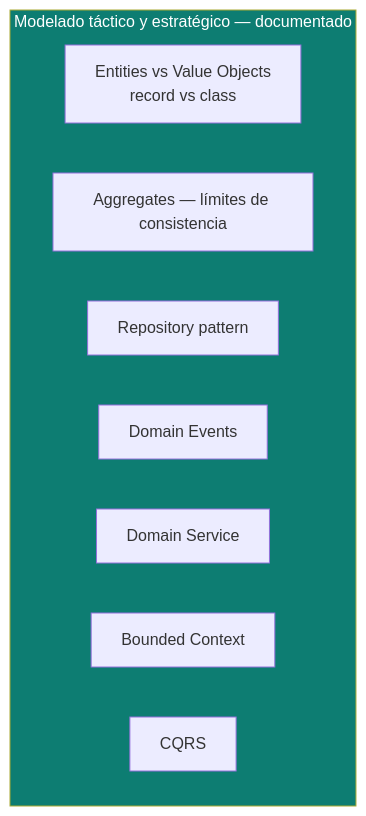
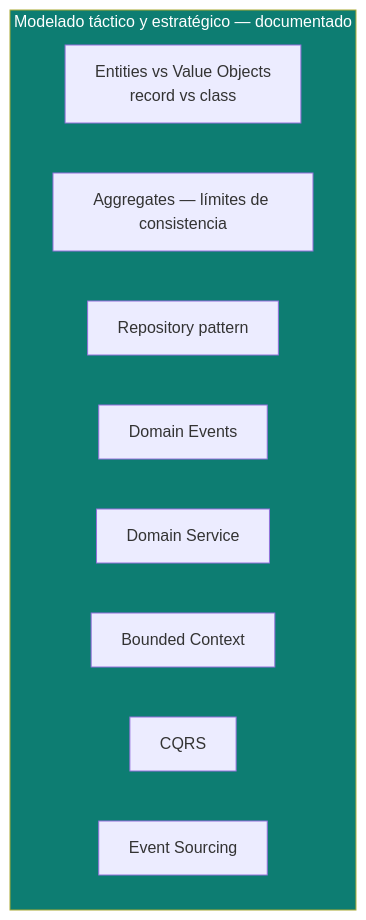
One commit to edzamo/software-engineering changed the diagram in ddd/README.md. Above: the diagram before and after it, drawn with Mermaid. The commit also changed other lines of this file and 30 other files, not shown here.

Commit message:
Add comprehensive documentation on NestJS persistence with TypeORM and Prisma, request lifecycle mechanisms, Spring Security authentication and authorization, SQL vs NoSQL databases, and API styles including REST, GraphQL, and gRPC.

````diff
--- a/ddd/README.md
+++ b/ddd/README.md
@@ -9,14 +9,15 @@
 ```mermaid
 graph TB
     subgraph modelado[" Modelado táctico y estratégico — documentado "]
         EVO["Entities vs Value Objects<br/>record vs class"]
         AGG["Aggregates — límites de consistencia"]
         REPO["Repository pattern"]
         DE["Domain Events"]
         DS["Domain Service"]
         BC["Bounded Context"]
         CQRS["CQRS"]
+        ES["Event Sourcing"]
     end
 
     style modelado fill:#0d7d72,color:#fff
 ```
````
